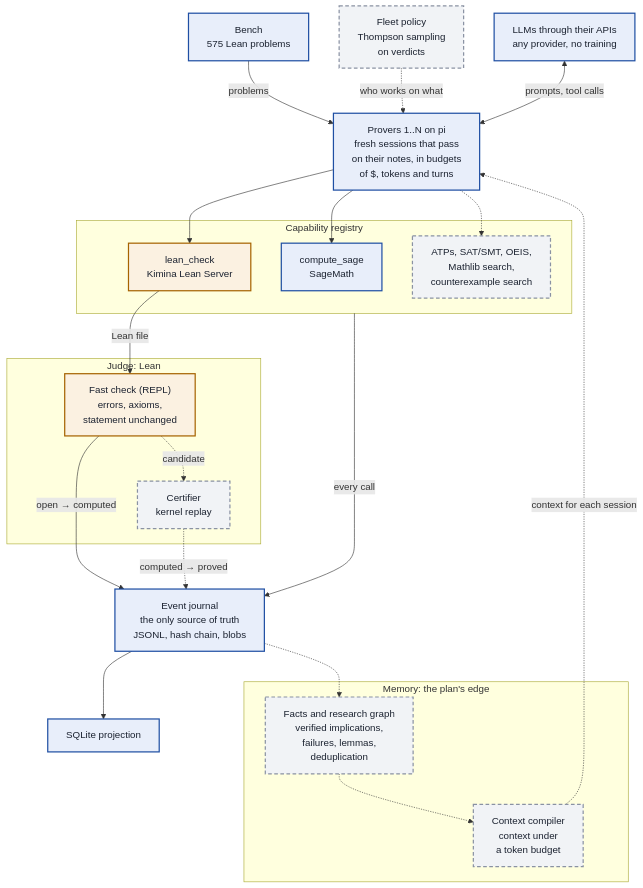
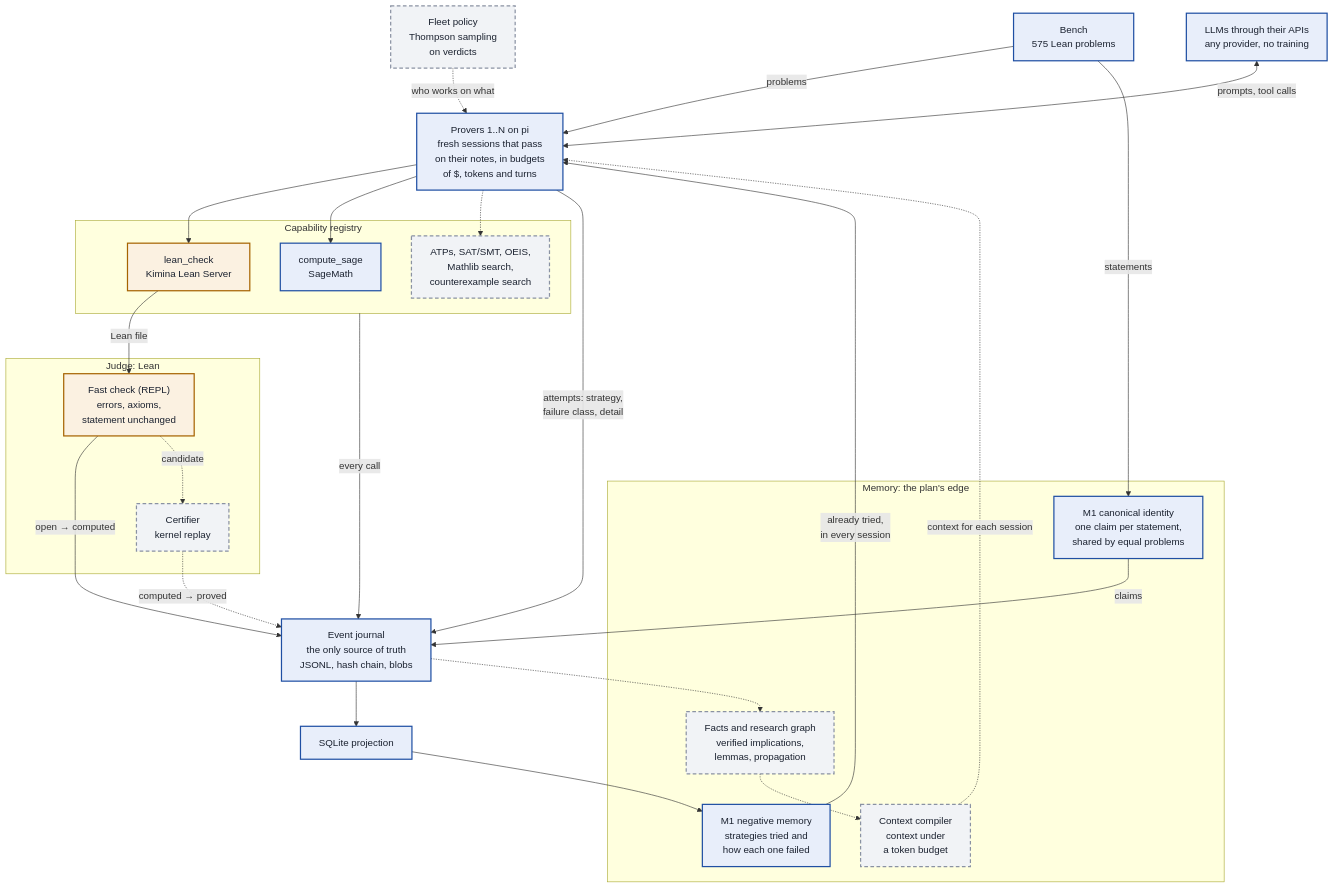
Before and after one commit to Kdevos12/seshat: the diagram in README.md, drawn with Mermaid. The commit also changed other lines of this file and 34 other files, not shown here.

````diff
--- a/README.md
+++ b/README.md
@@ -17,45 +17,52 @@
 ```mermaid
 flowchart TB
   classDef built fill:#e8eefa,stroke:#1f4fa3,stroke-width:2px,color:#1b2230
   classDef wait fill:#fbf1e1,stroke:#a66300,stroke-width:2px,color:#1b2230
   classDef planned fill:#f1f3f6,stroke:#8a92a3,stroke-width:2px,stroke-dasharray:6 4,color:#1b2230
 
   bench["Bench<br/>575 Lean problems"]:::built
   fleet["Fleet policy<br/>Thompson sampling<br/>on verdicts"]:::planned
   llm["LLMs through their APIs<br/>any provider, no training"]:::built
   provers["Provers 1..N on pi<br/>fresh sessions that pass<br/>on their notes, in budgets<br/>of $, tokens and turns"]:::built
 
   subgraph TOOLS["Capability registry"]
     leancheck["lean_check<br/>Kimina Lean Server"]:::wait
     sage["compute_sage<br/>SageMath"]:::built
     moretools["ATPs, SAT/SMT, OEIS,<br/>Mathlib search,<br/>counterexample search"]:::planned
   end
 
   subgraph JUDGE["Judge: Lean"]
     fast["Fast check (REPL)<br/>errors, axioms,<br/>statement unchanged"]:::wait
     certifier["Certifier<br/>kernel replay"]:::planned
   end
 
   journal["Event journal<br/>the only source of truth<br/>JSONL, hash chain, blobs"]:::built
   projection["SQLite projection"]:::built
 
   subgraph MEMORY["Memory: the plan's edge"]
-    kg["Facts and research graph<br/>verified implications,<br/>failures, lemmas,<br/>deduplication"]:::planned
+    identity["M1 canonical identity<br/>one claim per statement,<br/>shared by equal problems"]:::built
+    tried["M1 negative memory<br/>strategies tried and<br/>how each one failed"]:::built
+    kg["Facts and research graph<br/>verified implications,<br/>lemmas, propagation"]:::planned
     compiler["Context compiler<br/>context under<br/>a token budget"]:::planned
   end
 
   bench -->|problems| provers
+  bench -->|statements| identity
+  identity -->|claims| journal
   fleet -.->|"who works on what"| provers
   llm <-->|"prompts, tool calls"| provers
   provers --> leancheck & sage
   provers -.-> moretools
   leancheck -->|Lean file| fast
   fast -->|"open → computed"| journal
   fast -.->|candidate| certifier
   certifier -.->|"computed → proved"| journal
   TOOLS -->|"every call"| journal
+  provers -->|"attempts: strategy,<br/>failure class, detail"| journal
   journal --> projection
+  projection --> tried
+  tried -->|"already tried,<br/>in every session"| provers
   journal -.-> kg
   kg -.-> compiler
   compiler -.->|"context for each session"| provers
 ```
````
